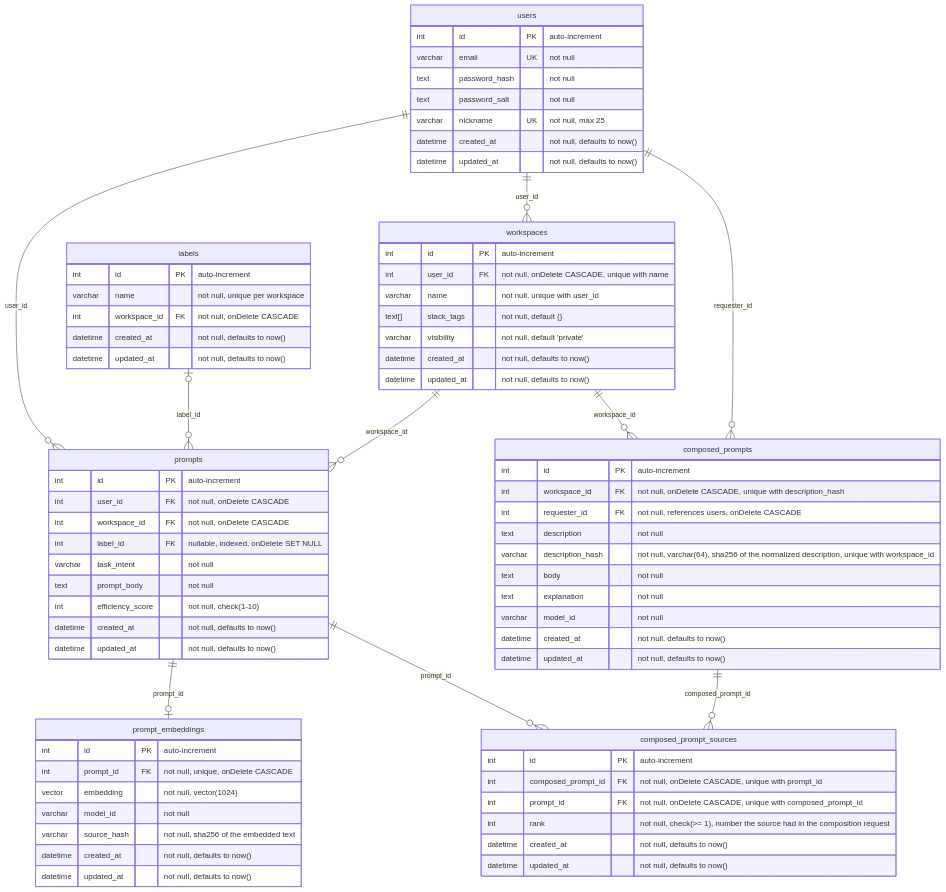
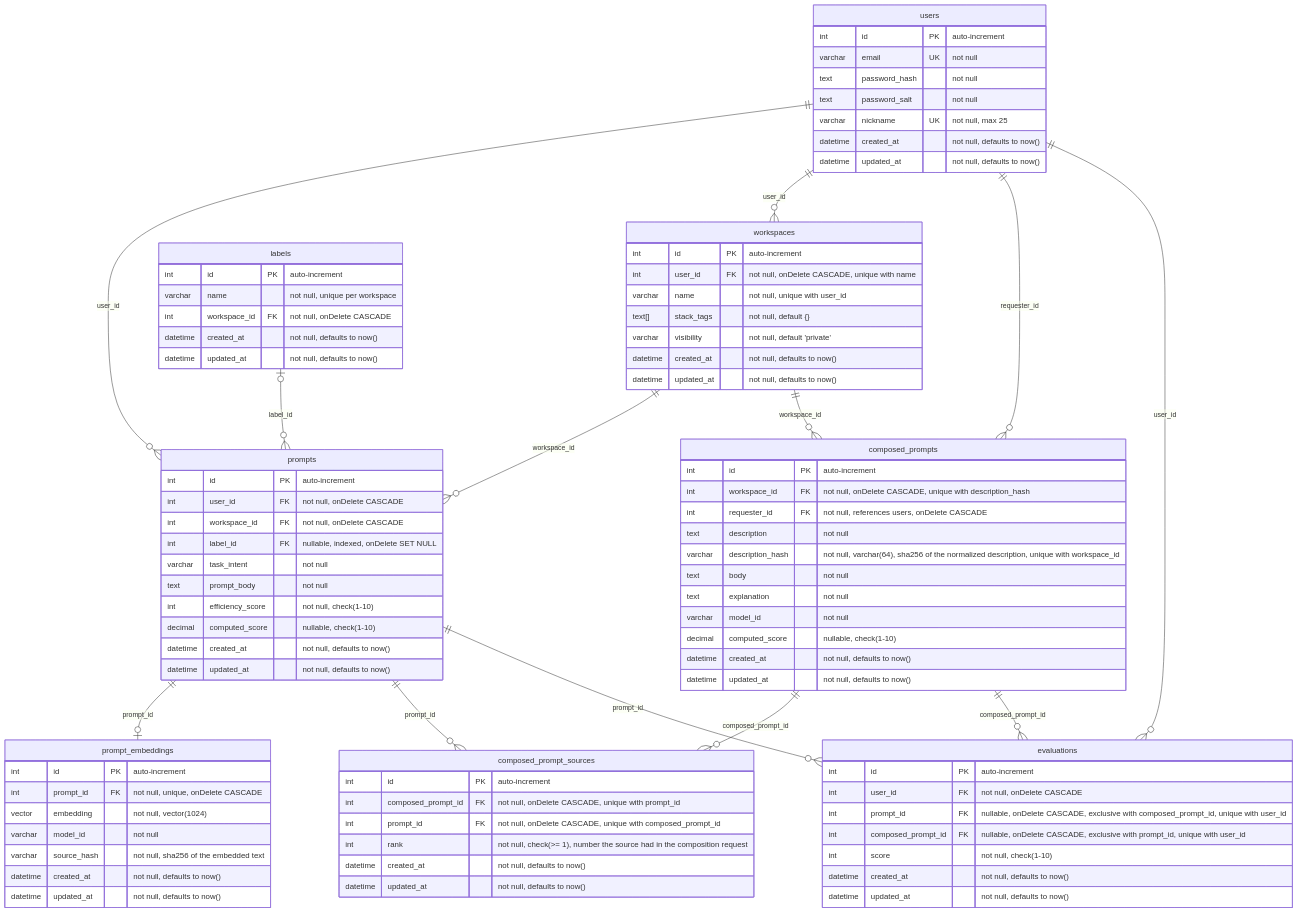
One commit to BinaryStudioAcademy/bsa-2026-promtomat changed the diagram in readme.md. Above: the diagram before and after it, drawn with Mermaid. The commit also changed 12 other files, not shown here.

````diff
--- a/readme.md
+++ b/readme.md
@@ -50,6 +50,9 @@
     users ||--o{ composed_prompts : "requester_id"
     composed_prompts ||--o{ composed_prompt_sources : "composed_prompt_id"
     prompts ||--o{ composed_prompt_sources : "prompt_id"
+    users ||--o{ evaluations : "user_id"
+    prompts ||--o{ evaluations : "prompt_id"
+    composed_prompts ||--o{ evaluations : "composed_prompt_id"
 
     users {
         int id PK "auto-increment"
@@ -87,6 +90,7 @@
         varchar task_intent "not null"
         text prompt_body "not null"
         int efficiency_score "not null, check(1-10)"
+        decimal computed_score "nullable, check(1-10)"
         datetime created_at "not null, defaults to now()"
         datetime updated_at "not null, defaults to now()"
     }
@@ -110,6 +114,7 @@
         text body "not null"
         text explanation "not null"
         varchar model_id "not null"
+        decimal computed_score "nullable, check(1-10)"
         datetime created_at "not null, defaults to now()"
         datetime updated_at "not null, defaults to now()"
     }
@@ -122,4 +127,14 @@
         datetime created_at "not null, defaults to now()"
         datetime updated_at "not null, defaults to now()"
     }
+
+    evaluations {
+        int id PK "auto-increment"
+        int user_id FK "not null, onDelete CASCADE"
+        int prompt_id FK "nullable, onDelete CASCADE, exclusive with composed_prompt_id, unique with user_id"
+        int composed_prompt_id FK "nullable, onDelete CASCADE, exclusive with prompt_id, unique with user_id"
+        int score "not null, check(1-10)"
+        datetime created_at "not null, defaults to now()"
+        datetime updated_at "not null, defaults to now()"
+    }
 ```
````
